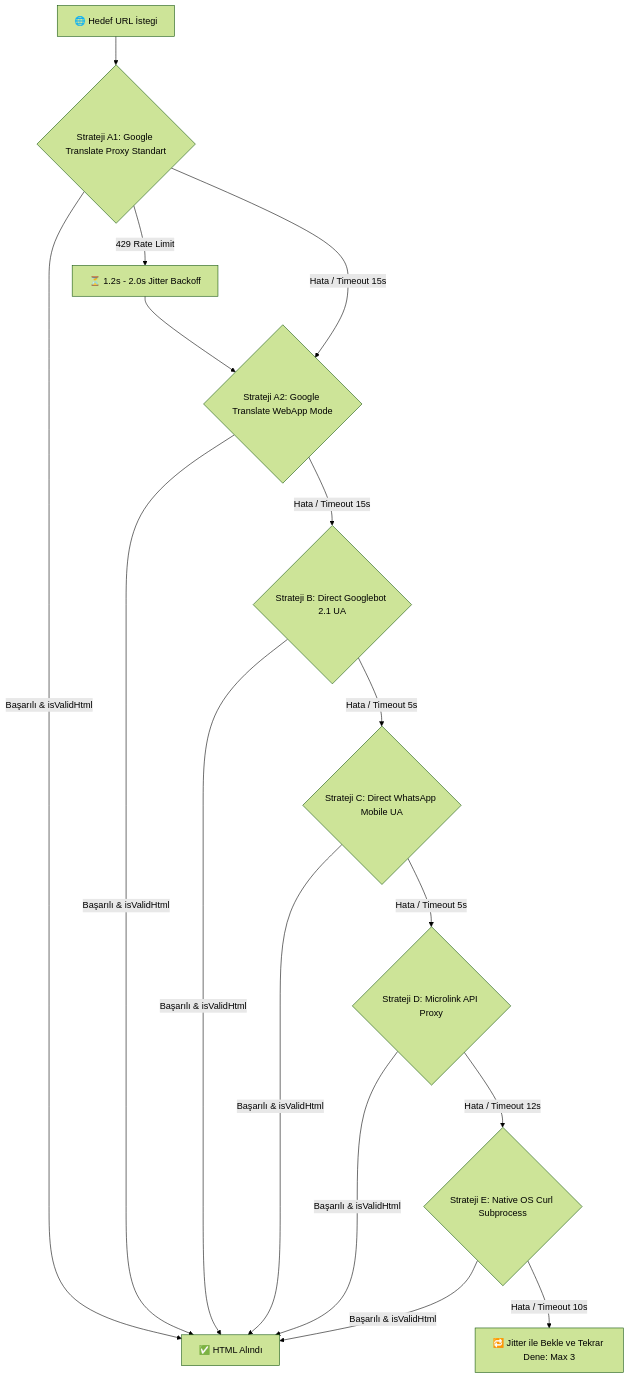
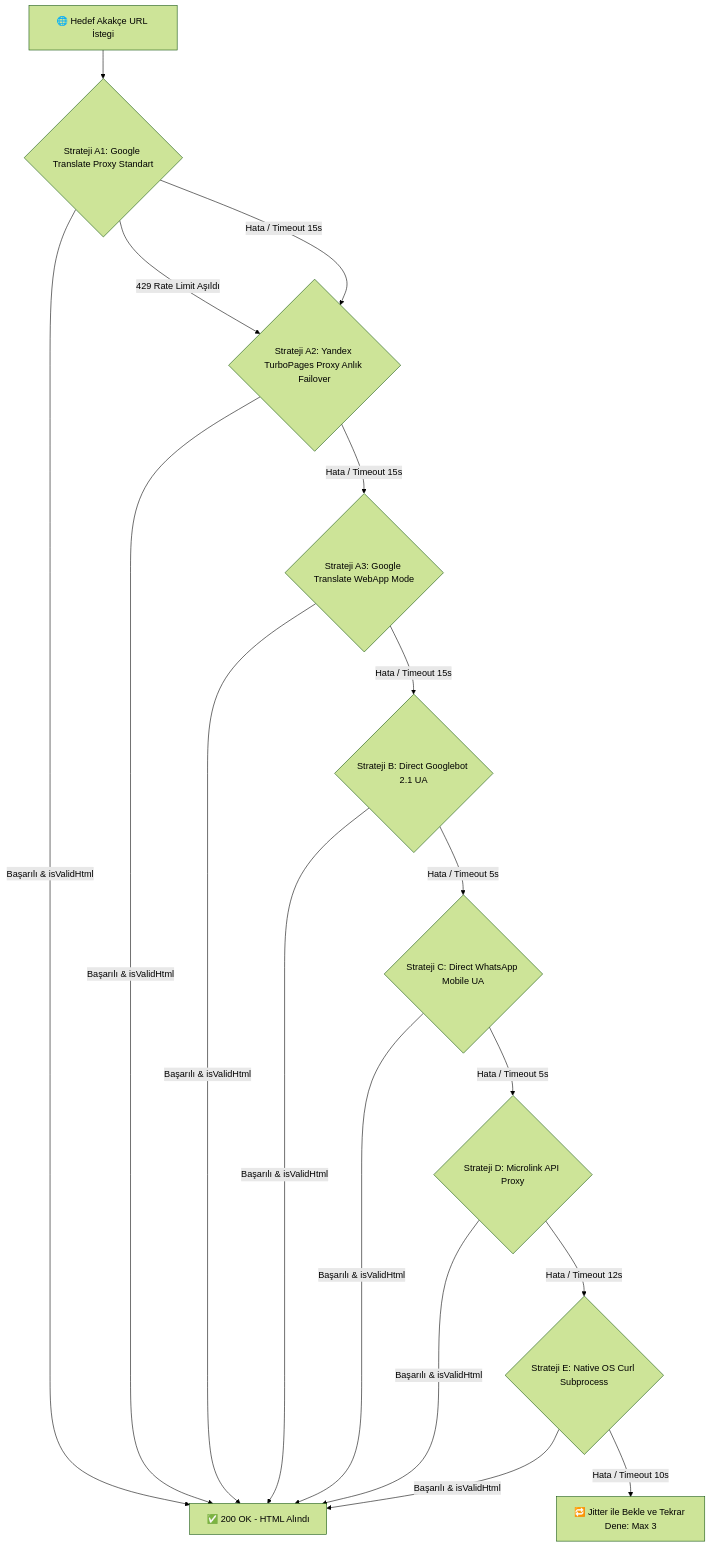
One commit to gky61/s-cak-f-rsatlar changed the second of 3 diagrams in documentation/aktuel/aktuel_kataloglar_modulu_rehberi.md. Above: the diagram before and after it, drawn with Mermaid (forest theme). The commit also changed other lines of this file and 33 other files, not shown here.

````diff
--- a/documentation/aktuel/aktuel_kataloglar_modulu_rehberi.md
+++ b/documentation/aktuel/aktuel_kataloglar_modulu_rehberi.md
@@ -252,18 +254,19 @@
 ```mermaid
 graph TD
-    Start[🌐 Hedef URL İstegi] --> S1{Strateji A1: Google Translate Proxy Standart}
-    S1 -->|Başarılı & isValidHtml| Done[✅ HTML Alındı]
-    S1 -->|429 Rate Limit| Jitter[⏳ 1.2s - 2.0s Jitter Backoff]
-    Jitter --> S2{Strateji A2: Google Translate WebApp Mode}
+    Start[🌐 Hedef Akakçe URL İstegi] --> S1{Strateji A1: Google Translate Proxy Standart}
+    S1 -->|Başarılı & isValidHtml| Done[✅ 200 OK - HTML Alındı]
+    S1 -->|429 Rate Limit Aşıldı| S2{Strateji A2: Yandex TurboPages Proxy Anlık Failover}
     S1 -->|Hata / Timeout 15s| S2
     S2 -->|Başarılı & isValidHtml| Done
-    S2 -->|Hata / Timeout 15s| S3{Strateji B: Direct Googlebot 2.1 UA}
+    S2 -->|Hata / Timeout 15s| S3{Strateji A3: Google Translate WebApp Mode}
     S3 -->|Başarılı & isValidHtml| Done
-    S3 -->|Hata / Timeout 5s| S4{Strateji C: Direct WhatsApp Mobile UA}
+    S3 -->|Hata / Timeout 15s| S4{Strateji B: Direct Googlebot 2.1 UA}
     S4 -->|Başarılı & isValidHtml| Done
-    S4 -->|Hata / Timeout 5s| S5{Strateji D: Microlink API Proxy}
+    S4 -->|Hata / Timeout 5s| S5{Strateji C: Direct WhatsApp Mobile UA}
     S5 -->|Başarılı & isValidHtml| Done
-    S5 -->|Hata / Timeout 12s| S6{Strateji E: Native OS Curl Subprocess}
+    S5 -->|Hata / Timeout 5s| S6{Strateji D: Microlink API Proxy}
     S6 -->|Başarılı & isValidHtml| Done
-    S6 -->|Hata / Timeout 10s| Retry[🔁 Jitter ile Bekle ve Tekrar Dene: Max 3]
+    S6 -->|Hata / Timeout 12s| S7{Strateji E: Native OS Curl Subprocess}
+    S7 -->|Başarılı & isValidHtml| Done
+    S7 -->|Hata / Timeout 10s| Retry[🔁 Jitter ile Bekle ve Tekrar Dene: Max 3]
 ```
````
